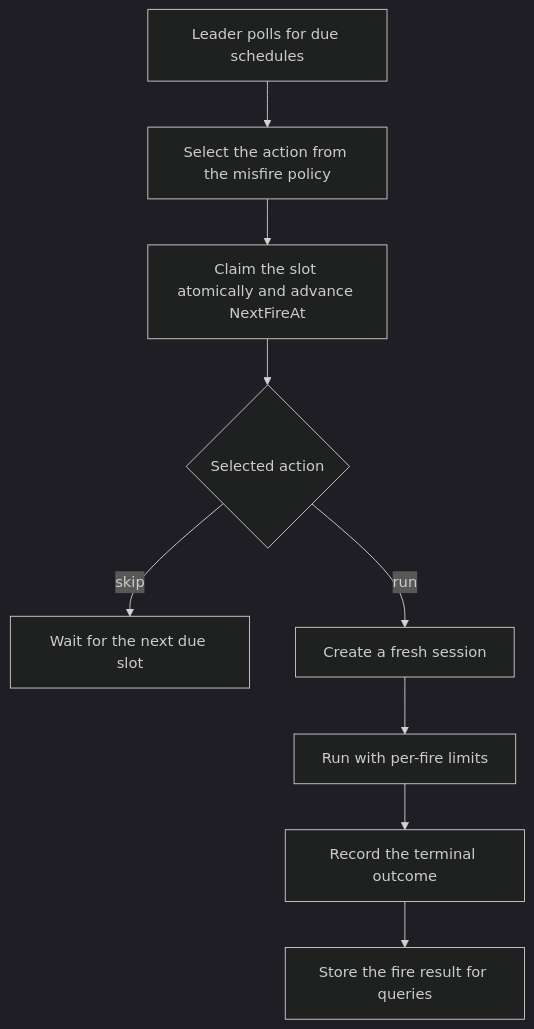
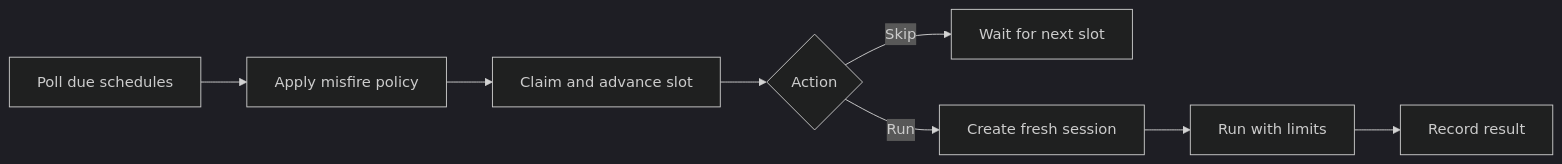
Before and after one commit to Sanskarzz/mecatl: the diagram in user-docs/building/what-you-get/scheduled-tasks.md, drawn with Mermaid (dark theme). The commit also changed other lines of this file and 9 other files, not shown here.

````diff
--- a/user-docs/building/what-you-get/scheduled-tasks.md
+++ b/user-docs/building/what-you-get/scheduled-tasks.md
@@ -58,11 +53,10 @@
 ```mermaid
-flowchart TD
-    A[Leader polls for due schedules] --> B[Select the action from the misfire policy]
-    B --> C[Claim the slot atomically and advance NextFireAt]
-    C --> E{Selected action}
-    E -->|skip| F[Wait for the next due slot]
-    E -->|run| G[Create a fresh session]
-    G --> H[Run with per-fire limits]
-    H --> I[Record the terminal outcome]
-    I --> J[Store the fire result for queries]
+flowchart LR
+    A[Poll due schedules] --> B[Apply misfire policy]
+    B --> C[Claim and advance slot]
+    C --> D{Action}
+    D -->|Skip| E[Wait for next slot]
+    D -->|Run| F[Create fresh session]
+    F --> G[Run with limits]
+    G --> H[Record result]
 ```
````
